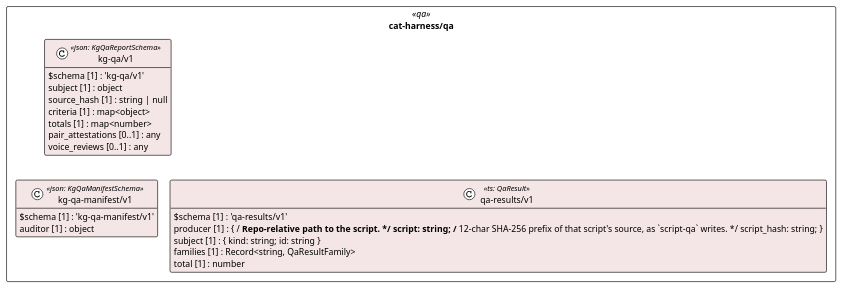
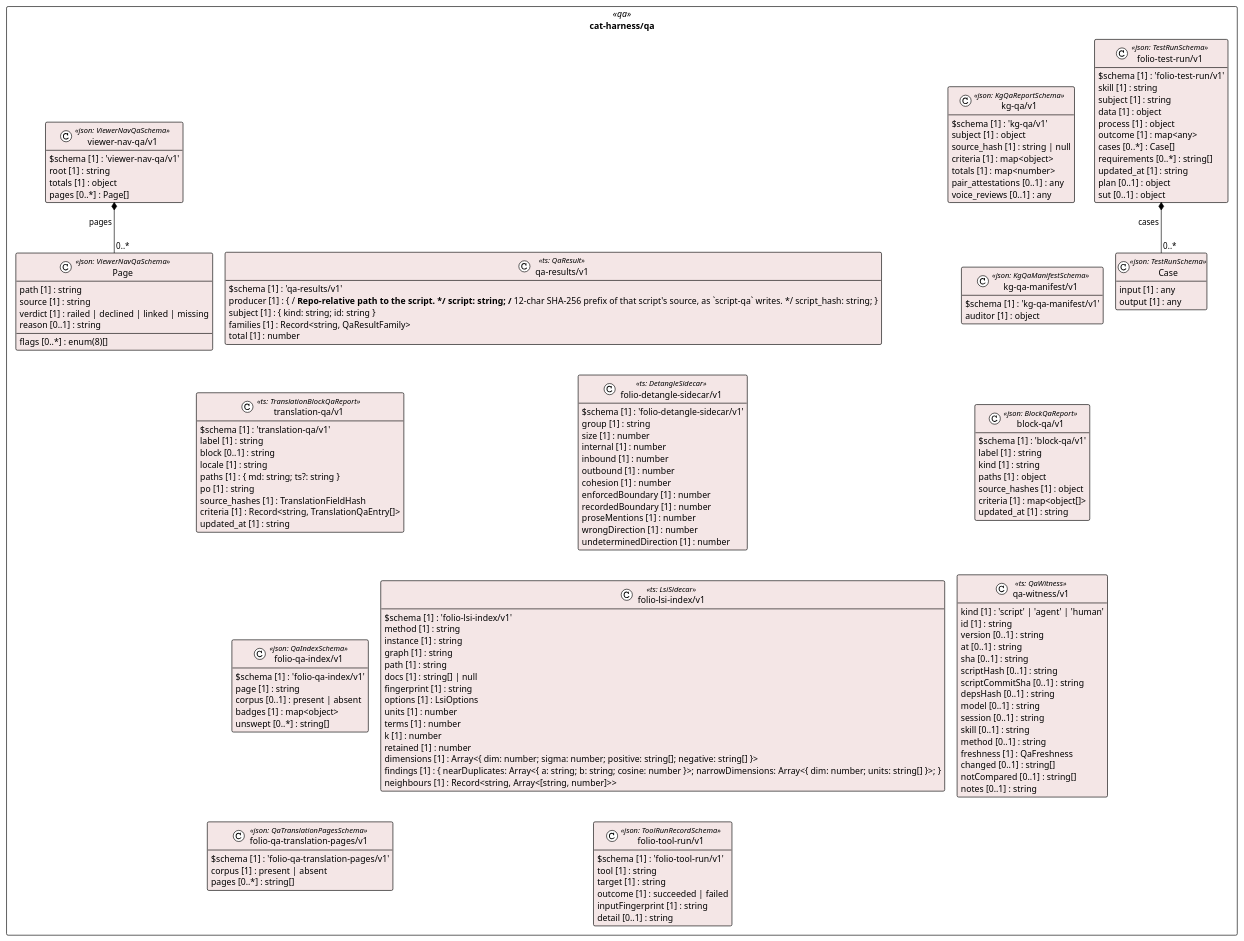
Before and after one commit to litlfred/folio-assistant: the diagram in cat-harness/uml/overview/cat-harness/qa.puml, drawn with PlantUML. The commit also changed 10 other files, not shown here.

First line of the commit message:
cat-harness names no instance above it; settle the skill-registration chain

```diff
--- a/cat-harness/uml/overview/cat-harness/qa.puml
+++ b/cat-harness/uml/overview/cat-harness/qa.puml
@@ -3,32 +3,153 @@
 @startuml cat_harness_qa
 !pragma layout elk
 !theme plain
 skinparam classAttributeIconSize 0
 skinparam shadowing false
 skinparam packageStyle rectangle
 hide empty methods
 
 package "cat-harness/qa" as pkg_cat_harness_qa <<qa>> {
   class "kg-qa/v1" as cat_harness_qa_kg_qa_v1_kg_qa_v1 <<json: KgQaReportSchema>> #f4e6e6 {
     $schema [1] : 'kg-qa/v1'
     subject [1] : object
     source_hash [1] : string | null
     criteria [1] : map<object>
     totals [1] : map<number>
     pair_attestations [0..1] : any
     voice_reviews [0..1] : any
   }
   class "kg-qa-manifest/v1" as cat_harness_qa_kg_qa_manifest_v1_kg_qa_manifest_v1 <<json: KgQaManifestSchema>> #f4e6e6 {
     $schema [1] : 'kg-qa-manifest/v1'
     auditor [1] : object
   }
+  class "block-qa/v1" as cat_harness_qa_block_qa_v1_block_qa_v1 <<json: BlockQaReport>> #f4e6e6 {
+    $schema [1] : 'block-qa/v1'
+    label [1] : string
+    kind [1] : string
+    paths [1] : object
+    source_hashes [1] : object
+    criteria [1] : map<object[]>
+    updated_at [1] : string
+  }
+  class "Case" as cat_harness_qa_folio_test_run_v1_Case <<json: TestRunSchema>> #f4e6e6 {
+    input [1] : any
+    output [1] : any
+  }
+  class "folio-test-run/v1" as cat_harness_qa_folio_test_run_v1_folio_test_run_v1 <<json: TestRunSchema>> #f4e6e6 {
+    $schema [1] : 'folio-test-run/v1'
+    skill [1] : string
+    subject [1] : string
+    data [1] : object
+    process [1] : object
+    outcome [1] : map<any>
+    cases [0..*] : Case[]
+    requirements [0..*] : string[]
+    updated_at [1] : string
+    plan [0..1] : object
+    sut [0..1] : object
+  }
+  class "qa-witness/v1" as cat_harness_qa_qa_witness_v1 <<ts: QaWitness>> #f4e6e6 {
+    kind [1] : 'script' | 'agent' | 'human'
+    id [1] : string
+    version [0..1] : string
+    at [0..1] : string
+    sha [0..1] : string
+    scriptHash [0..1] : string
+    scriptCommitSha [0..1] : string
+    depsHash [0..1] : string
+    model [0..1] : string
+    session [0..1] : string
+    skill [0..1] : string
+    method [0..1] : string
+    freshness [1] : QaFreshness
+    changed [0..1] : string[]
+    notCompared [0..1] : string[]
+    notes [0..1] : string
+  }
   class "qa-results/v1" as cat_harness_qa_qa_results_v1 <<ts: QaResult>> #f4e6e6 {
     $schema [1] : 'qa-results/v1'
     producer [1] : { /** Repo-relative path to the script. */ script: string; /** 12-char SHA-256 prefix of that script's source, as `script-qa` writes. */ script_hash: string; }
     subject [1] : { kind: string; id: string }
     families [1] : Record<string, QaResultFamily>
     total [1] : number
   }
+  class "translation-qa/v1" as cat_harness_qa_translation_qa_v1 <<ts: TranslationBlockQaReport>> #f4e6e6 {
+    $schema [1] : 'translation-qa/v1'
+    label [1] : string
+    block [0..1] : string
+    locale [1] : string
+    paths [1] : { md: string; ts?: string }
+    po [1] : string
+    source_hashes [1] : TranslationFieldHash
+    criteria [1] : Record<string, TranslationQaEntry[]>
+    updated_at [1] : string
+  }
+  class "folio-qa-index/v1" as cat_harness_qa_folio_qa_index_v1_folio_qa_index_v1 <<json: QaIndexSchema>> #f4e6e6 {
+    $schema [1] : 'folio-qa-index/v1'
+    page [1] : string
+    corpus [0..1] : present | absent
+    badges [1] : map<object>
+    unswept [0..*] : string[]
+  }
+  class "folio-qa-translation-pages/v1" as cat_harness_qa_folio_qa_translation_pages_v1_folio_qa_translation_pages_v1 <<json: QaTranslationPagesSchema>> #f4e6e6 {
+    $schema [1] : 'folio-qa-translation-pages/v1'
+    corpus [1] : present | absent
+    pages [0..*] : string[]
+  }
+  class "folio-detangle-sidecar/v1" as cat_harness_qa_folio_detangle_sidecar_v1 <<ts: DetangleSidecar>> #f4e6e6 {
+    $schema [1] : 'folio-detangle-sidecar/v1'
+    group [1] : string
+    size [1] : number
+    internal [1] : number
+    inbound [1] : number
+    outbound [1] : number
+    cohesion [1] : number
+    enforcedBoundary [1] : number
+    recordedBoundary [1] : number
+    proseMentions [1] : number
+    wrongDirection [1] : number
+    undeterminedDirection [1] : number
+  }
+  class "folio-lsi-index/v1" as cat_harness_qa_folio_lsi_index_v1 <<ts: LsiSidecar>> #f4e6e6 {
+    $schema [1] : 'folio-lsi-index/v1'
+    method [1] : string
+    instance [1] : string
+    graph [1] : string
+    path [1] : string
+    docs [1] : string[] | null
+    fingerprint [1] : string
+    options [1] : LsiOptions
+    units [1] : number
+    terms [1] : number
+    k [1] : number
+    retained [1] : number
+    dimensions [1] : Array<{ dim: number; sigma: number; positive: string[]; negative: string[] }>
+    findings [1] : { nearDuplicates: Array<{ a: string; b: string; cosine: number }>; narrowDimensions: Array<{ dim: number; units: string[] }>; }
+    neighbours [1] : Record<string, Array<[string, number]>>
+  }
+  class "folio-tool-run/v1" as cat_harness_qa_folio_tool_run_v1_folio_tool_run_v1 <<json: ToolRunRecordSchema>> #f4e6e6 {
+    $schema [1] : 'folio-tool-run/v1'
+    tool [1] : string
+    target [1] : string
+    outcome [1] : succeeded | failed
+    inputFingerprint [1] : string
+    detail [0..1] : string
+  }
+  class "Page" as cat_harness_qa_viewer_nav_qa_v1_Page <<json: ViewerNavQaSchema>> #f4e6e6 {
+    path [1] : string
+    source [1] : string
+    verdict [1] : railed | declined | linked | missing
+    reason [0..1] : string
+    flags [0..*] : enum(8)[]
+  }
+  class "viewer-nav-qa/v1" as cat_harness_qa_viewer_nav_qa_v1_viewer_nav_qa_v1 <<json: ViewerNavQaSchema>> #f4e6e6 {
+    $schema [1] : 'viewer-nav-qa/v1'
+    root [1] : string
+    totals [1] : object
+    pages [0..*] : Page[]
+  }
 }
 
+cat_harness_qa_folio_test_run_v1_folio_test_run_v1 *-- "0..*" cat_harness_qa_folio_test_run_v1_Case : cases
+cat_harness_qa_viewer_nav_qa_v1_viewer_nav_qa_v1 *-- "0..*" cat_harness_qa_viewer_nav_qa_v1_Page : pages
 @enduml
```
